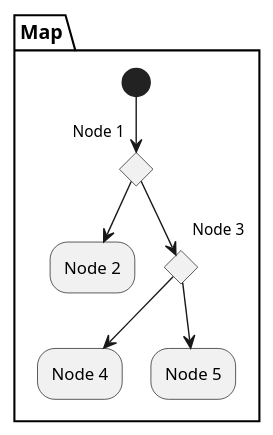
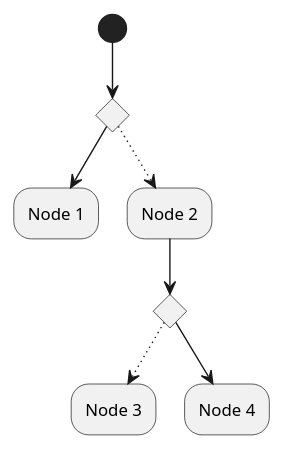
Before and after one commit to Sipondo/PMPH_parallel_woody: the diagram in tree_traverse.puml, drawn with PlantUML. The commit also changed 5 other files, not shown here.

```diff
--- a/tree_traverse.puml
+++ b/tree_traverse.puml
@@ -1,17 +1,15 @@
 @startuml
 
+(*) --> if "" then
+  --> "Node 1"
+else
+  ..> "Node 2"
+endif
 
-partition Map {
-(*) --> if "Node 1" then
-  --> "Node 2"
-else
-  if "Node 3" then
+"Node 2" --> if "" then
+    ..> "Node 3"
+  else
     --> "Node 4"
-  else
-    --> "Node 5"
   endif
-endif
-}
-
 
 @enduml
```
